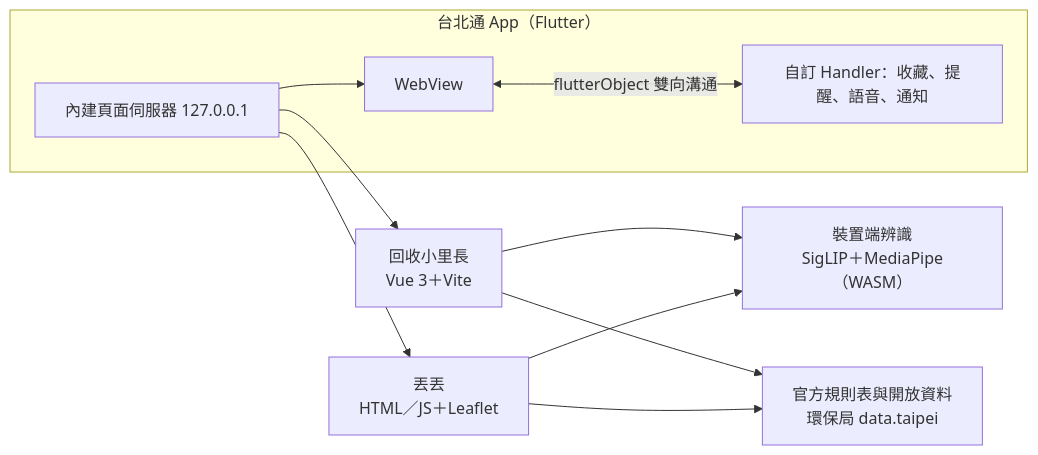
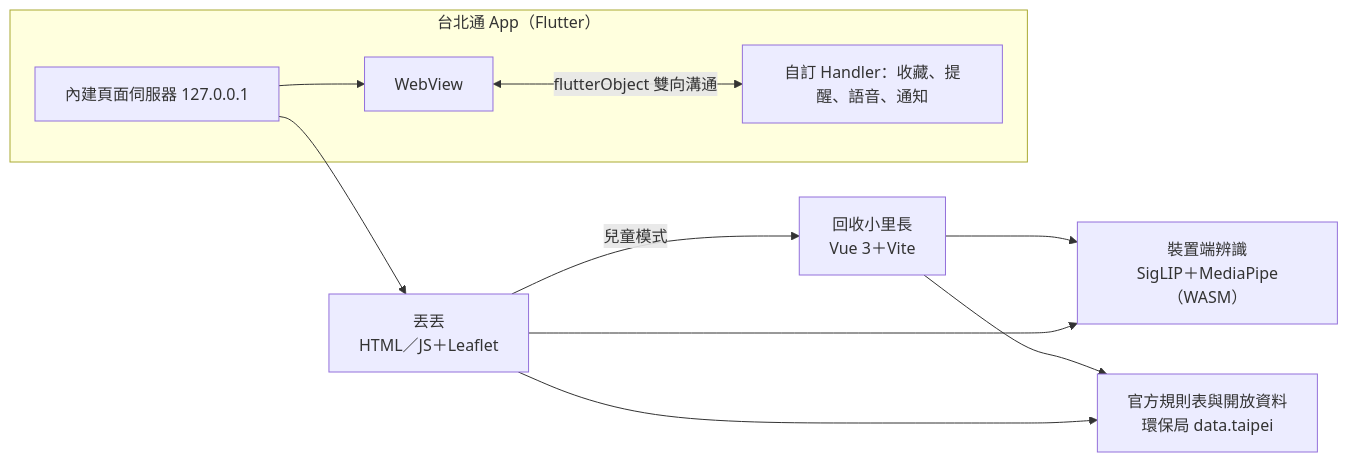
Before and after one commit to eat-dumpling/TownPass: the diagram in README.md, drawn with Mermaid. The commit also changed other lines of this file and 21 other files, not shown here.

````diff
--- a/README.md
+++ b/README.md
@@ -41,11 +41,11 @@
 ```mermaid
 flowchart LR
   subgraph App[台北通 App（Flutter）]
     WV[WebView] <-- flutterObject 雙向溝通 --> H[自訂 Handler：收藏、提醒、語音、通知]
     LS[內建頁面伺服器 127.0.0.1] --> WV
   end
-  LS --> RL[回收小里長<br>Vue 3＋Vite]
   LS --> DD[丟丟<br>HTML／JS＋Leaflet]
+  DD -- 兒童模式 --> RL[回收小里長<br>Vue 3＋Vite]
   RL & DD --> M[裝置端辨識<br>SigLIP＋MediaPipe（WASM）]
   RL & DD --> R[官方規則表與開放資料<br>環保局 data.taipei]
 ```
````
